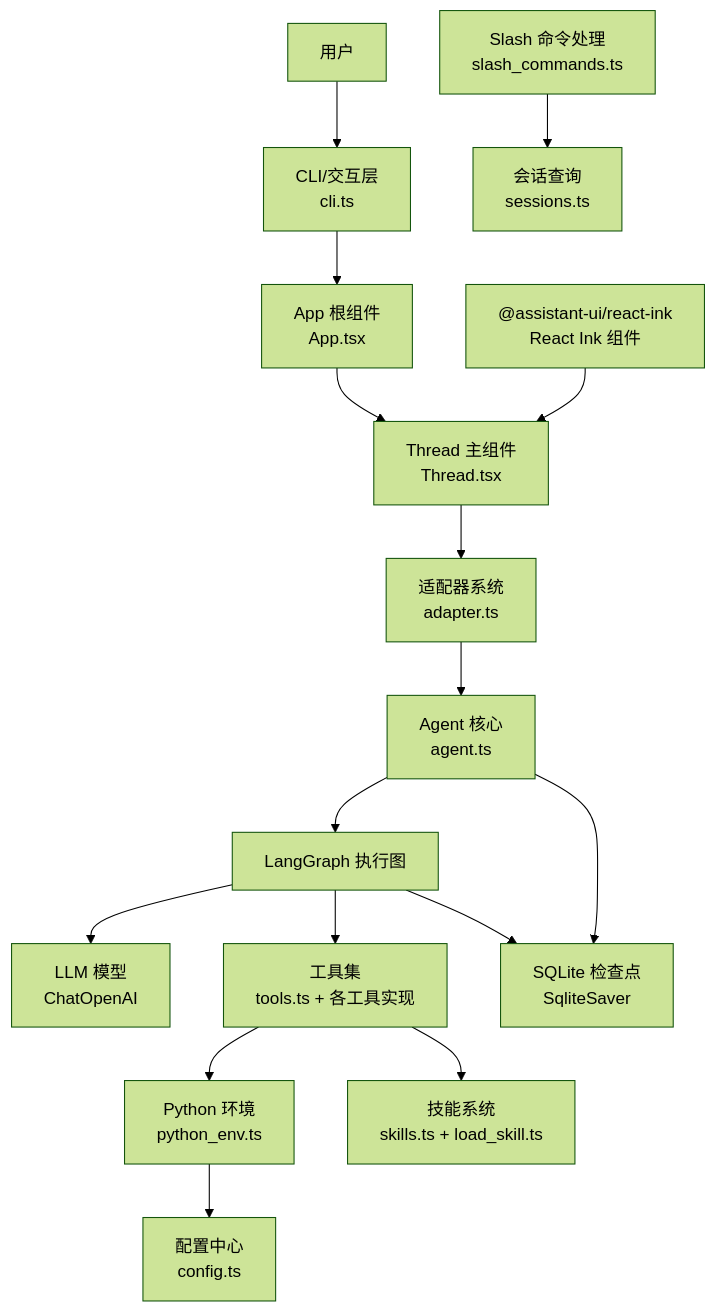
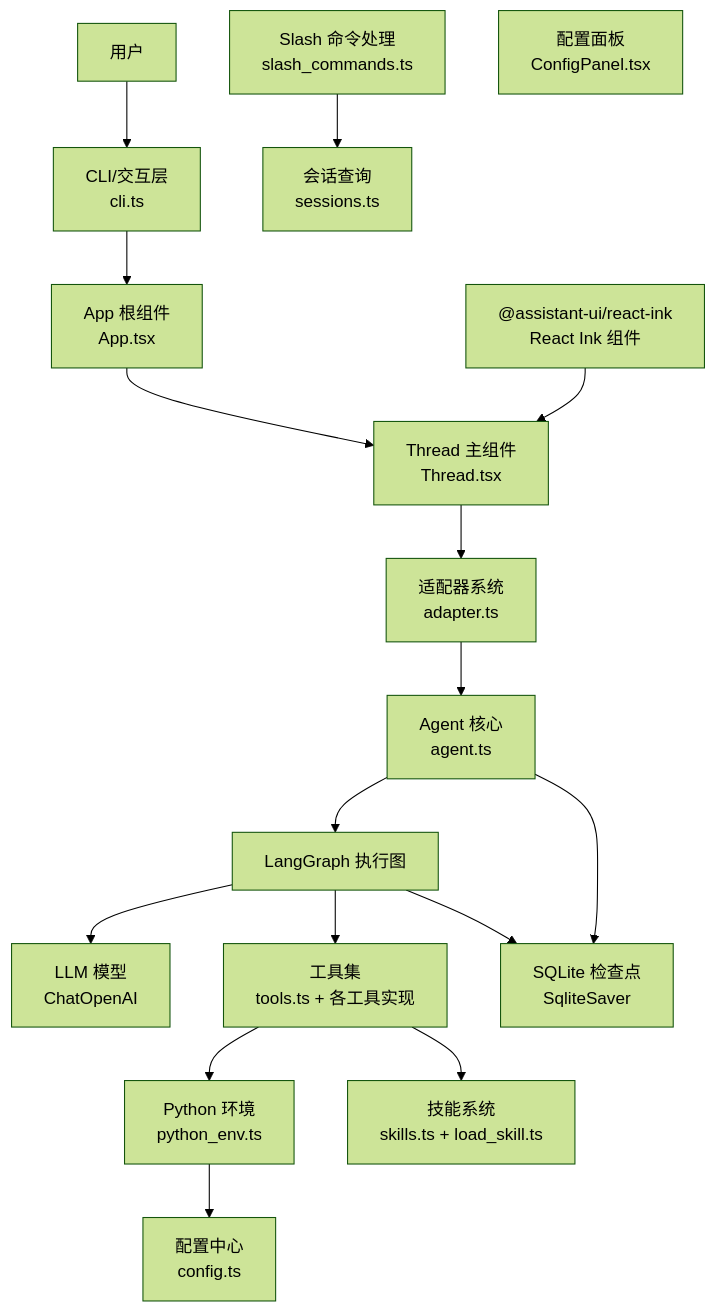
The second of 13 diagrams in .qoder/repowiki/zh/content/核心架构/核心架构.md (HAOFUYANG/onion-code), drawn with Mermaid (forest theme) before and after one commit. The commit also changed other lines of this file and 25 other files, not shown here.

````diff
--- a/.qoder/repowiki/zh/content/核心架构/核心架构.md
+++ b/.qoder/repowiki/zh/content/核心架构/核心架构.md
@@ -183,31 +184,32 @@
 ```mermaid
 graph TB
 User["用户"]
 CLI["CLI/交互层<br/>cli.ts"]
 App["App 根组件<br/>App.tsx"]
 Thread["Thread 主组件<br/>Thread.tsx"]
 Adapter["适配器系统<br/>adapter.ts"]
 Agent["Agent 核心<br/>agent.ts"]
 Graph["LangGraph 执行图"]
 Tools["工具集<br/>tools.ts + 各工具实现"]
 Skills["技能系统<br/>skills.ts + load_skill.ts"]
 SlashCmd["Slash 命令处理<br/>slash_commands.ts"]
 Sessions["会话查询<br/>sessions.ts"]
 Checkpoint["SQLite 检查点<br/>SqliteSaver"]
 Model["LLM 模型<br/>ChatOpenAI"]
 AssistantUI["@assistant-ui/react-ink<br/>React Ink 组件"]
 PyEnv["Python 环境<br/>python_env.ts"]
 Config["配置中心<br/>config.ts"]
+ConfigPanel["配置面板<br/>ConfigPanel.tsx"]
 User --> CLI --> App --> Thread --> Adapter
 Adapter --> Agent
 Agent --> Graph
 Graph --> Model
 Graph --> Tools
 Tools --> PyEnv
 Tools --> Skills
 Graph --> Checkpoint
 Agent --> Checkpoint
 SlashCmd --> Sessions
 AssistantUI --> Thread
 PyEnv --> Config
 ```
````
